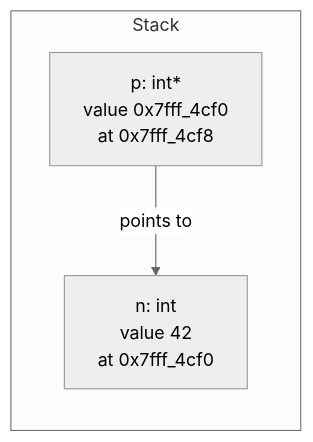
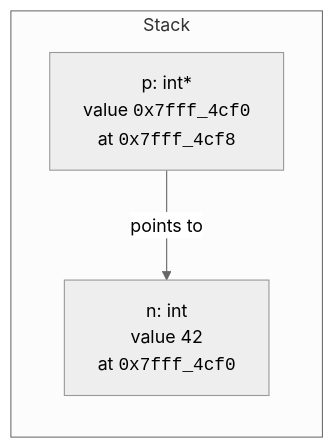
Before and after one commit to dataslope/dataslope: the first of 4 diagrams in content/learn/from-zero-to-cpp/pointers-and-references.mdx, drawn with Mermaid (neutral theme). The commit also changed 100 other files, not shown here.

First line of the commit message:
Wrap more code in diagram labels: filenames, hex, assignments, subgraph titles

````diff
--- a/content/learn/from-zero-to-cpp/pointers-and-references.mdx
+++ b/content/learn/from-zero-to-cpp/pointers-and-references.mdx
@@ -28,8 +28,8 @@
 ```mermaid
 flowchart LR
     subgraph Stack
-        N["n: int<br/>value 42<br/>at 0x7fff_4cf0"]
-        P["p: int*<br/>value 0x7fff_4cf0<br/>at 0x7fff_4cf8"]
+        N["n: int<br/>value 42<br/>at <code>0x7fff_4cf0</code>"]
+        P["p: int*<br/>value <code>0x7fff_4cf0</code><br/>at <code>0x7fff_4cf8</code>"]
     end
     P -- points to --> N
 ```
````
